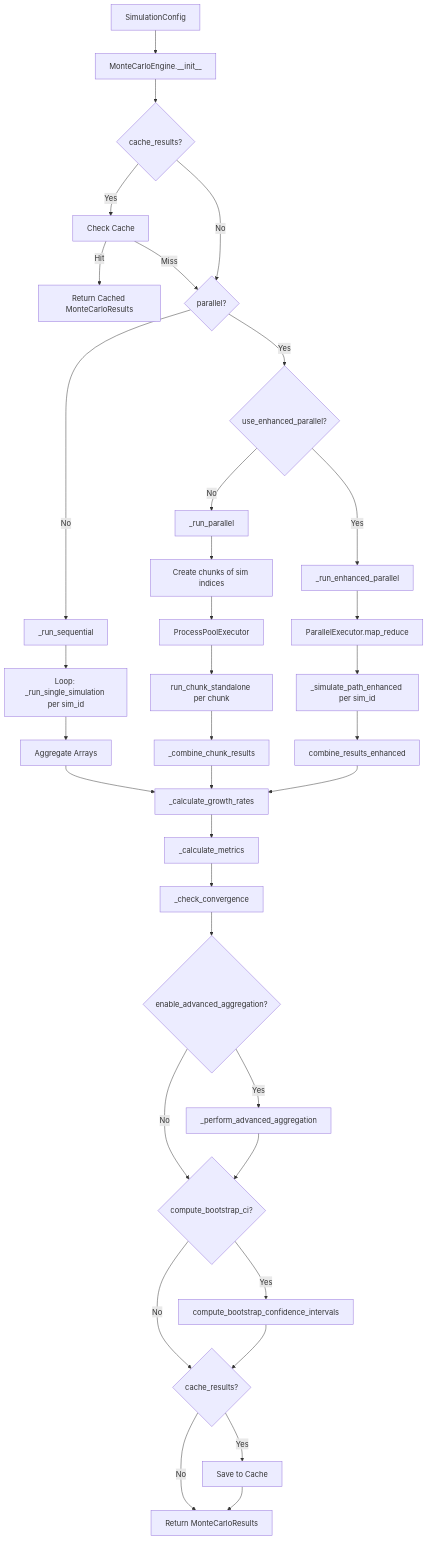
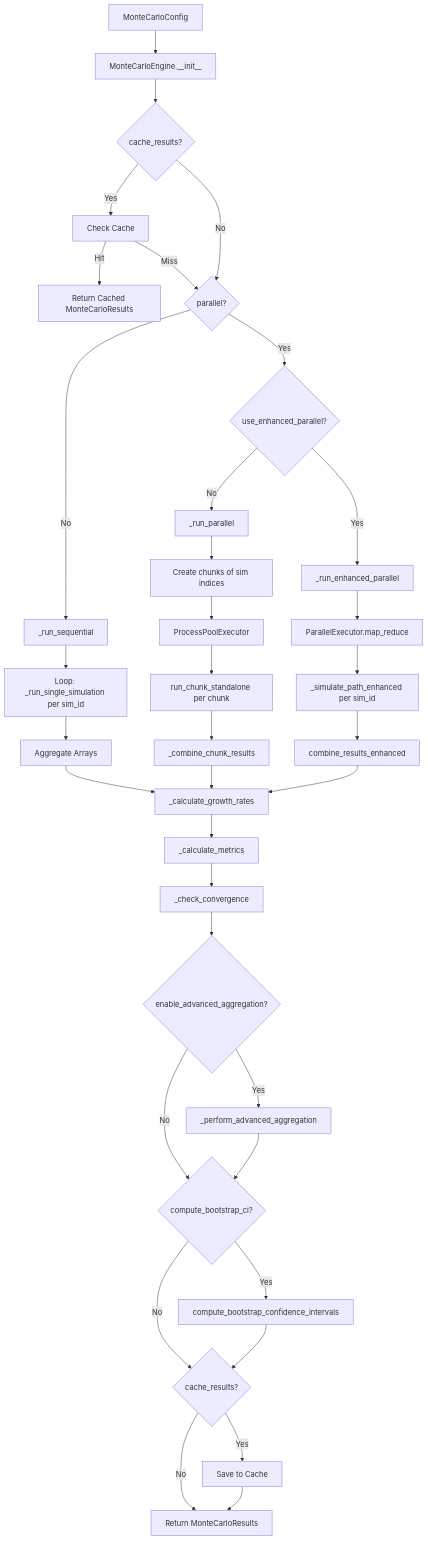
Before and after one commit to AlexFiliakov/Ergodic-Insurance-Limits: the first of 8 diagrams in ergodic_insurance/docs/architecture/monte_carlo_architecture.md, drawn with Mermaid. The commit also changed other lines of this file and 295 other files, not shown here.

````diff
--- a/ergodic_insurance/docs/architecture/monte_carlo_architecture.md
+++ b/ergodic_insurance/docs/architecture/monte_carlo_architecture.md
@@ -28,46 +28,46 @@
 ```{mermaid}
 flowchart TD
-    A[SimulationConfig] --> B[MonteCarloEngine.__init__]
+    A[MonteCarloConfig] --> B[MonteCarloEngine.__init__]
     B --> C{cache_results?}
     C -- Yes --> D[Check Cache]
     D -- Hit --> E[Return Cached MonteCarloResults]
     D -- Miss --> F{parallel?}
     C -- No --> F
 
     F -- No --> G[_run_sequential]
     F -- Yes --> H{use_enhanced_parallel?}
 
     H -- Yes --> I[_run_enhanced_parallel]
     H -- No --> J[_run_parallel]
 
     G --> K[Loop: _run_single_simulation per sim_id]
     J --> L[Create chunks of sim indices]
     L --> M[ProcessPoolExecutor]
     M --> N[run_chunk_standalone per chunk]
     I --> O[ParallelExecutor.map_reduce]
     O --> P[_simulate_path_enhanced per sim_id]
 
     K --> Q[Aggregate Arrays]
     N --> R[_combine_chunk_results]
     P --> S[combine_results_enhanced]
 
     Q --> T[_calculate_growth_rates]
     R --> T
     S --> T
 
     T --> U[_calculate_metrics]
     U --> V[_check_convergence]
     V --> W{enable_advanced_aggregation?}
 
     W -- Yes --> X[_perform_advanced_aggregation]
     W -- No --> Y{compute_bootstrap_ci?}
     X --> Y
 
     Y -- Yes --> Z[compute_bootstrap_confidence_intervals]
     Y -- No --> AA{cache_results?}
     Z --> AA
 
     AA -- Yes --> AB[Save to Cache]
     AA -- No --> AC[Return MonteCarloResults]
     AB --> AC
 ```
````
